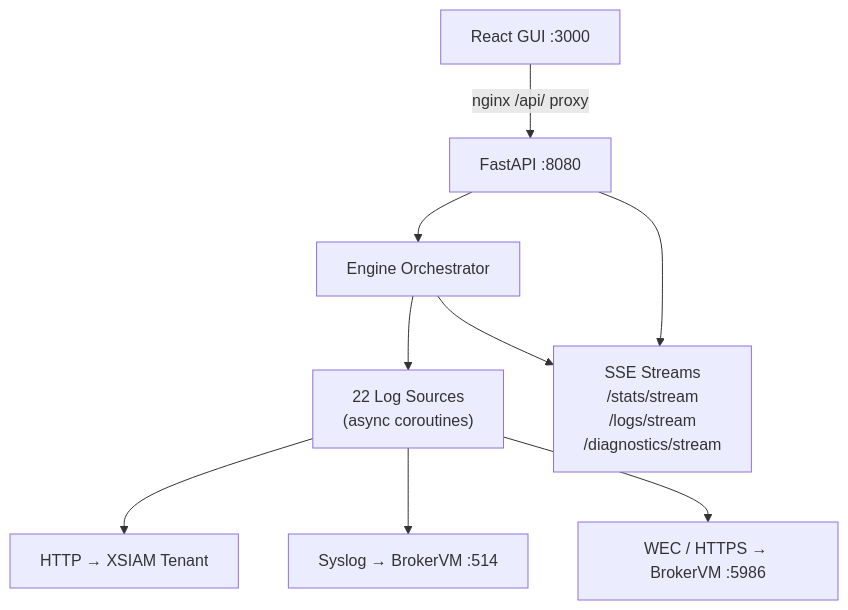
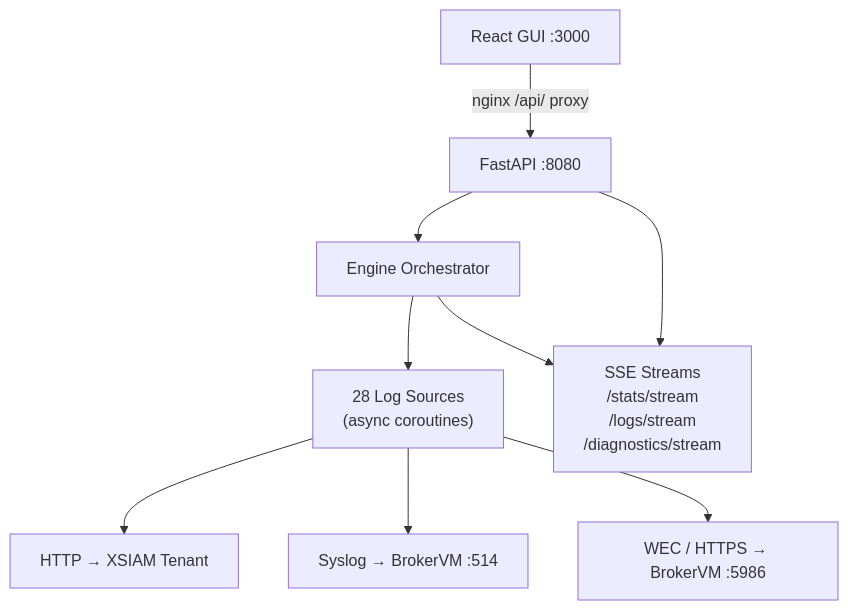
Before and after one commit to jhueby/xsiam-log-engine: the diagram in README.md, drawn with Mermaid. The commit also changed other lines of this file and 9 other files, not shown here.

First line of the commit message:
feat: add six log sources (M365, Sysmon, GCP, K8s, GlobalProtect, Duo)

````diff
--- a/README.md
+++ b/README.md
@@ -56,11 +56,11 @@
 ```mermaid
 graph TB
     GUI["React GUI :3000"] -->|nginx /api/ proxy| API["FastAPI :8080"]
     API --> Engine["Engine Orchestrator"]
-    Engine --> Sources["22 Log Sources<br/>(async coroutines)"]
+    Engine --> Sources["28 Log Sources<br/>(async coroutines)"]
     Sources --> HTTP["HTTP → XSIAM Tenant"]
     Sources --> Syslog["Syslog → BrokerVM :514"]
     Sources --> WEC["WEC / HTTPS → BrokerVM :5986"]
     Engine --> SSE["SSE Streams<br/>/stats/stream<br/>/logs/stream<br/>/diagnostics/stream"]
     API --> SSE
 ```
````
